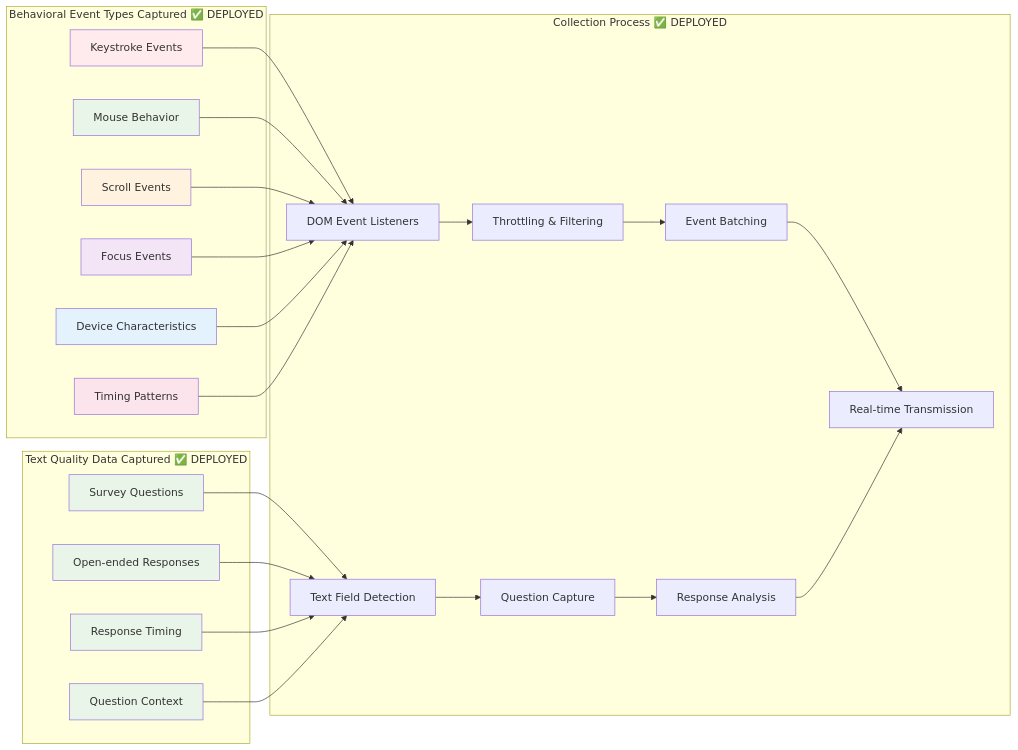
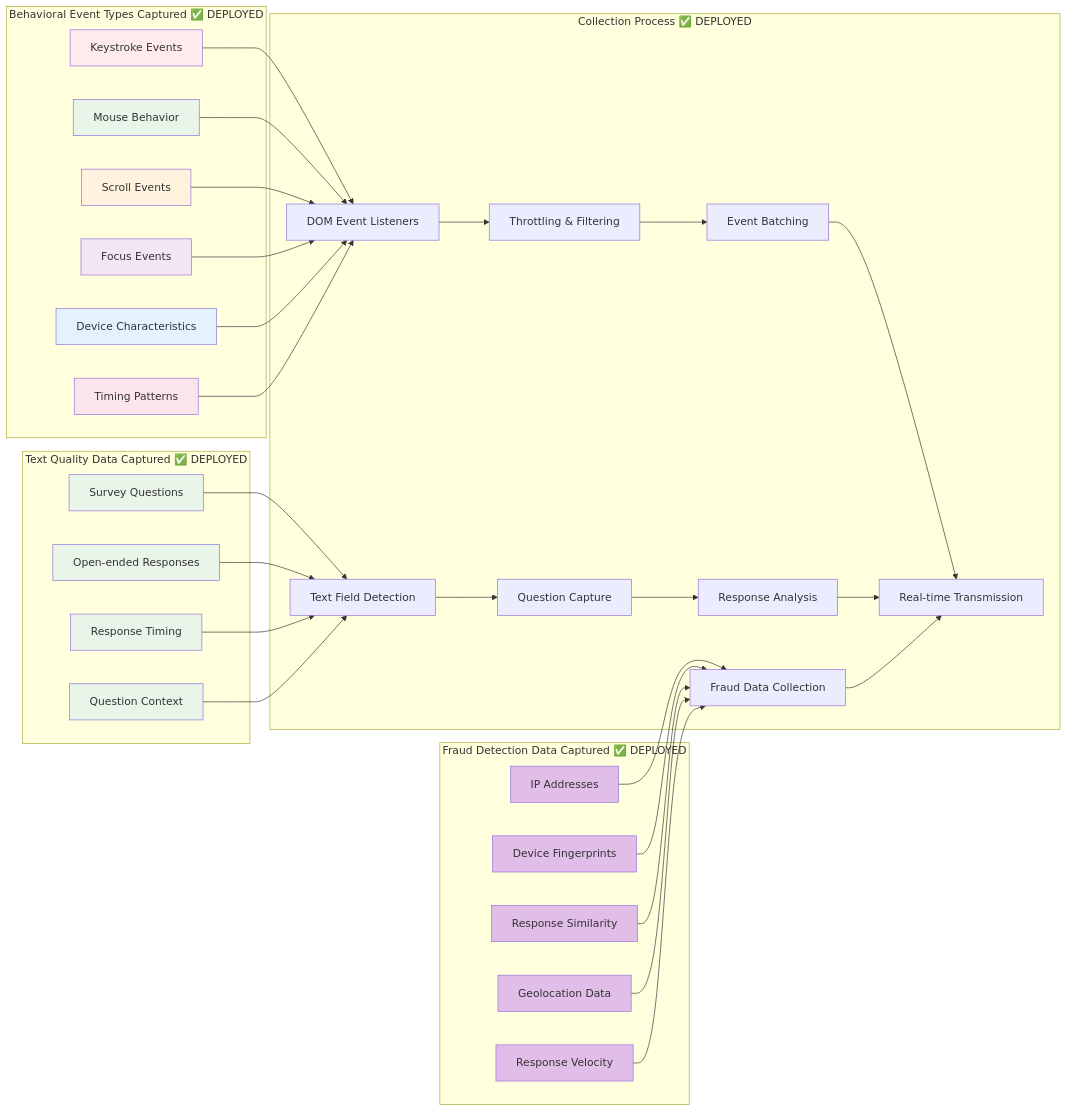
The second of 11 diagrams in bot_detection_flow.md (halderavik/bot_detection_live), drawn with Mermaid before and after one commit. The commit also changed other lines of this file and 41 other files, not shown here.

First line of the commit message:
Add fraud detection system with hierarchical API support

````diff
--- a/bot_detection_flow.md
+++ b/bot_detection_flow.md
@@ -104,58 +145,79 @@
 ```mermaid
 graph LR
     subgraph "Behavioral Event Types Captured ✅ DEPLOYED"
         A1[Keystroke Events]
         A2[Mouse Behavior]
         A3[Scroll Events]
         A4[Focus Events]
         A5[Device Characteristics]
         A6[Timing Patterns]
     end
     
     subgraph "Text Quality Data Captured ✅ DEPLOYED"
         A7[Survey Questions]
         A8[Open-ended Responses]
         A9[Response Timing]
         A10[Question Context]
     end
     
+    subgraph "Fraud Detection Data Captured ✅ DEPLOYED"
+        A11[IP Addresses]
+        A12[Device Fingerprints]
+        A13[Response Similarity]
+        A14[Geolocation Data]
+        A15[Response Velocity]
+    end
+    
     subgraph "Collection Process ✅ DEPLOYED"
         B1[DOM Event Listeners]
         B2[Text Field Detection]
         B3[Throttling & Filtering]
         B4[Event Batching]
         B5[Real-time Transmission]
         B6[Question Capture]
         B7[Response Analysis]
+        B8[Fraud Data Collection]
     end
     
     A1 --> B1
     A2 --> B1
     A3 --> B1
     A4 --> B1
     A5 --> B1
     A6 --> B1
     
     A7 --> B2
     A8 --> B2
     A9 --> B2
     A10 --> B2
     
+    A11 --> B8
+    A12 --> B8
+    A13 --> B8
+    A14 --> B8
+    A15 --> B8
+    
     B1 --> B3
     B2 --> B6
     B6 --> B7
     B3 --> B4
     B4 --> B5
     B7 --> B5
+    B8 --> B5
     
     style A1 fill:#ffebee
     style A2 fill:#e8f5e8
     style A3 fill:#fff3e0
     style A4 fill:#f3e5f5
     style A5 fill:#e3f2fd
     style A6 fill:#fce4ec
     style A7 fill:#e8f5e8
     style A8 fill:#e8f5e8
     style A9 fill:#e8f5e8
     style A10 fill:#e8f5e8
+    style A11 fill:#e1bee7
+    style A12 fill:#e1bee7
+    style A13 fill:#e1bee7
+    style A14 fill:#e1bee7
+    style A15 fill:#e1bee7
 ```
````
